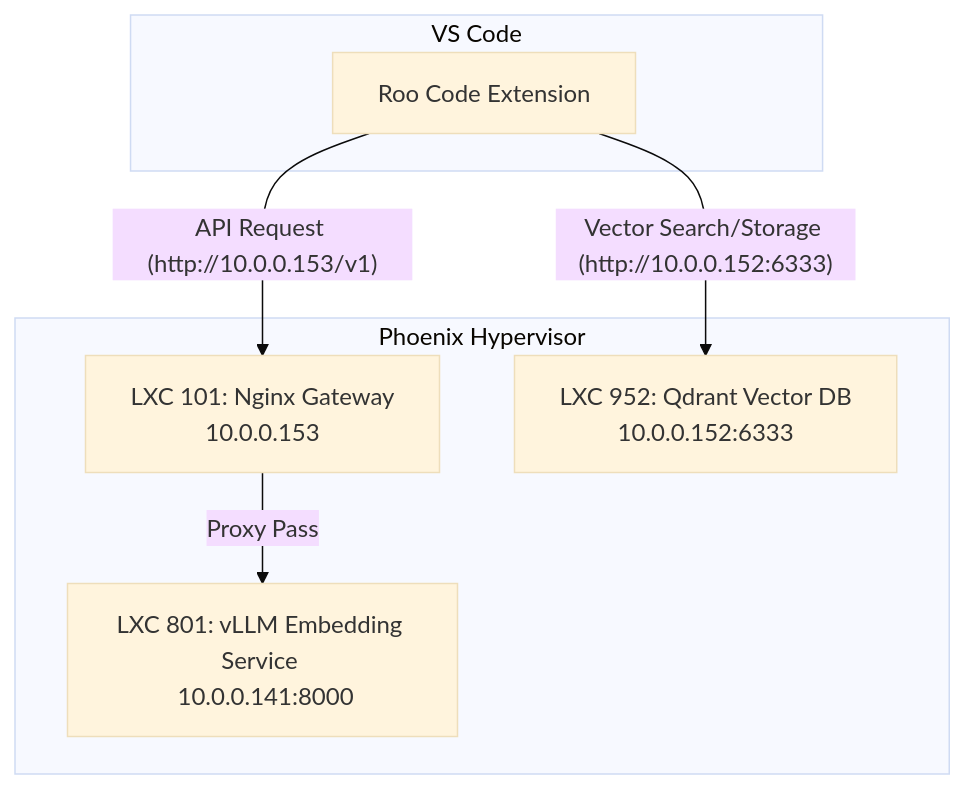
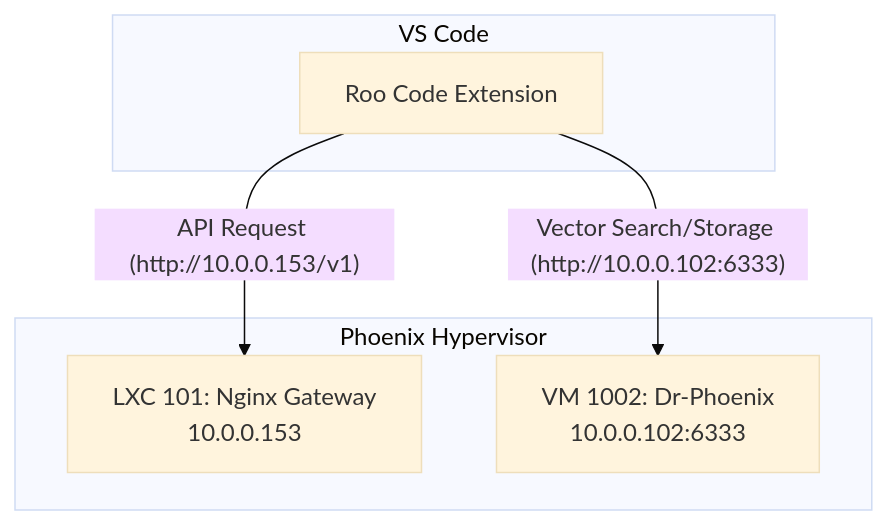
The diagram in Thinkheads.AI_docs/03_phoenix_hypervisor_implementation/00_guides/04_roo_code_integration_guide.md (SirHeads/Testing-ideas), drawn with Mermaid (base theme) before and after one commit. The commit also changed other lines of this file and 21 other files, not shown here.

Commit message:
vm dr-phoenix up with qdrant

````diff
--- a/Thinkheads.AI_docs/03_phoenix_hypervisor_implementation/00_guides/04_roo_code_integration_guide.md
+++ b/Thinkheads.AI_docs/03_phoenix_hypervisor_implementation/00_guides/04_roo_code_integration_guide.md
@@ -33,16 +32,14 @@
 ```mermaid
 graph TD
     subgraph "VS Code"
         A[Roo Code Extension]
     end
 
     subgraph "Phoenix Hypervisor"
         C[LXC 101: Nginx Gateway <br> 10.0.0.153]
-        B[LXC 801: vLLM Embedding Service <br> 10.0.0.141:8000]
-        D[LXC 952: Qdrant Vector DB <br> 10.0.0.152:6333]
+        D["VM 1002: Dr-Phoenix <br> 10.0.0.102:6333"]
     end
 
     A -- "API Request (http://10.0.0.153/v1)" --> C
-    C -- "Proxy Pass" --> B
-    A -- "Vector Search/Storage (http://10.0.0.152:6333)" --> D
+    A -- "Vector Search/Storage (http://10.0.0.102:6333)" --> D
 ```
````
